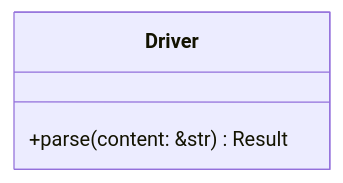
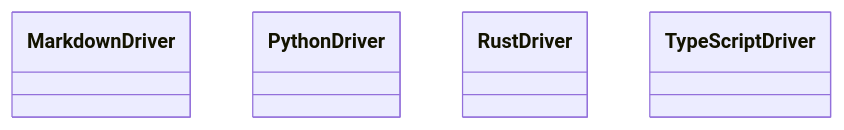
The diagram in docs/drivers.md (carlosferreyra/codetwin), drawn with Mermaid before and after one commit. The commit also changed other lines of this file and 3 other files, not shown here.

````diff
--- a/docs/drivers.md
+++ b/docs/drivers.md
@@ -13,7 +16,15 @@
 ```mermaid
 classDiagram
-    %% File: src/drivers/mod.rs
-    class Driver {
-        +parse(content: &str) Result<Blueprint, String>
+    %% File: src/drivers/markdown.rs
+    class MarkdownDriver {
+    }
+    %% File: src/drivers/python.rs
+    class PythonDriver {
+    }
+    %% File: src/drivers/rust.rs
+    class RustDriver {
+    }
+    %% File: src/drivers/typescript.rs
+    class TypeScriptDriver {
     }
 ```
````
